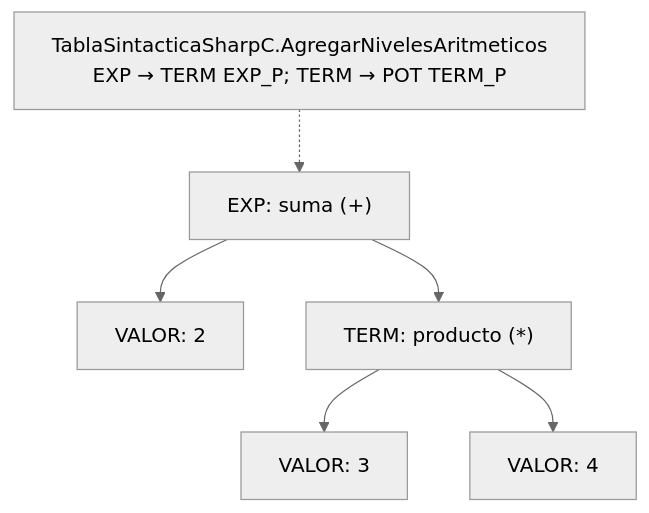
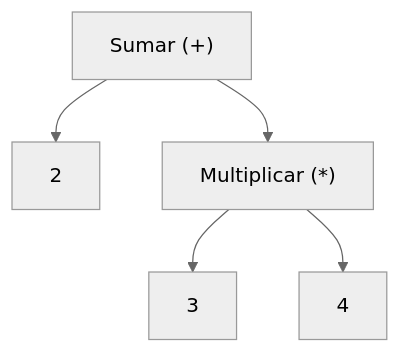
One commit to Zavala-Raul/SharpC-lya2 changed the second of 3 diagrams in docs/presentacion-analizador-sharpc.md. Above: the diagram before and after it, drawn with Mermaid (neutral theme). The commit also changed other lines of this file and 49 other files, not shown here.

````diff
--- a/docs/presentacion-analizador-sharpc.md
+++ b/docs/presentacion-analizador-sharpc.md
@@ -38,8 +73,7 @@
 ```mermaid
 flowchart TD
-    R["TablaSintacticaSharpC.AgregarNivelesAritmeticos<br/>EXP → TERM EXP_P; TERM → POT TERM_P"] -.-> S["EXP: suma (+)"]
-    S --> V2["VALOR: 2"]
-    S --> M["TERM: producto (*)"]
-    M --> V3["VALOR: 3"]
-    M --> V4["VALOR: 4"]
+    S["Sumar (+)"] --> A["2"]
+    S --> M["Multiplicar (*)"]
+    M --> B["3"]
+    M --> C["4"]
 ```
````
